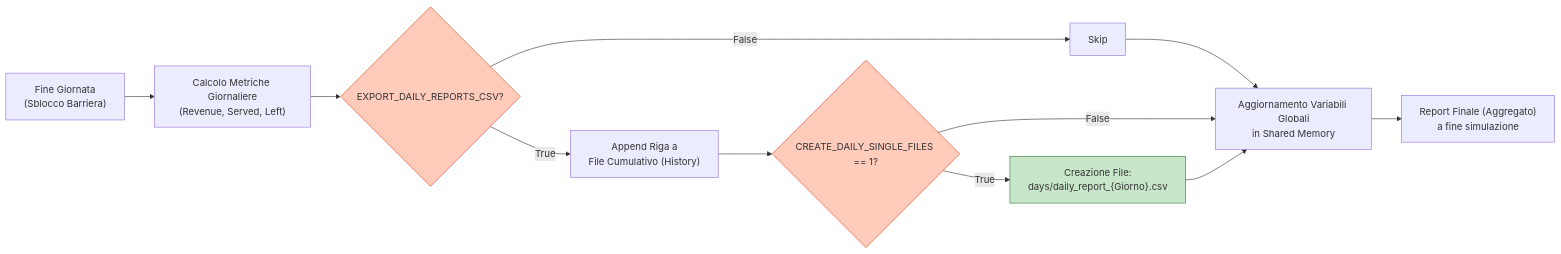
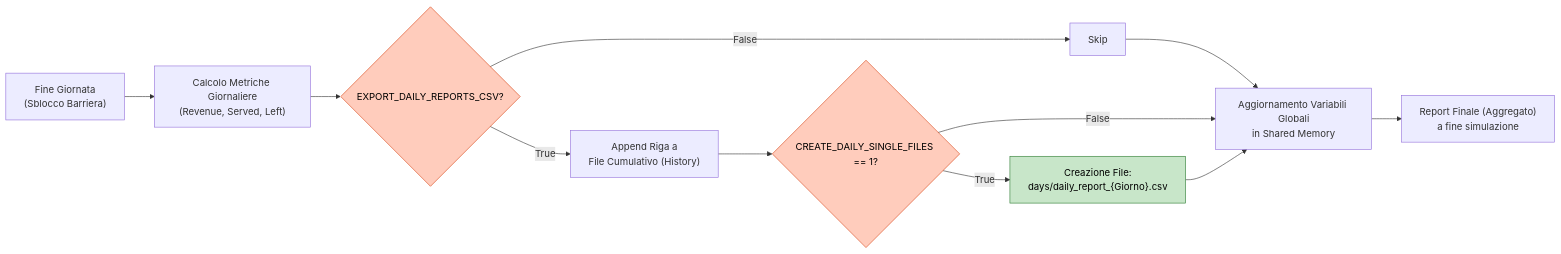
Before and after one commit to l0gic5/servizio_mensa: the tenth of 10 diagrams in RELAZIONE.md, drawn with Mermaid. The commit also changed other lines of this file, not shown here.

````diff
--- a/RELAZIONE.md
+++ b/RELAZIONE.md
@@ -418,23 +418,23 @@
 ```mermaid
 graph LR
   Barrier["Fine Giornata<br>(Sblocco Barriera)"] --> Calc["Calcolo Metriche Giornaliere<br>(Revenue, Served, Left)"]
   
   Calc --> CheckExport{"EXPORT_DAILY_REPORTS_CSV?"}
   
   CheckExport -- True --> WriteCumulative["Append Riga a<br>File Cumulativo (History)"]
   CheckExport -- False --> Skip1[Skip]
   
   WriteCumulative --> CheckSingle{"CREATE_DAILY_SINGLE_FILES == 1?"}
   Skip1 --> UpdateGlobal
   
   CheckSingle -- True --> WriteSingle["Creazione File:<br>days/daily_report_{Giorno}.csv"]
   CheckSingle -- False --> UpdateGlobal
   
   WriteSingle --> UpdateGlobal["Aggiornamento Variabili Globali<br>in Shared Memory"]
   
   UpdateGlobal --> FinalReport["Report Finale (Aggregato)<br>a fine simulazione"]
 
-  style CheckExport fill:#ffccbc,stroke:#d84315
-  style CheckSingle fill:#ffccbc,stroke:#d84315
-  style WriteSingle fill:#c8e6c9,stroke:#2e7d32
+  style CheckExport fill:#ffccbc,stroke:#d84315,color:#000
+  style CheckSingle fill:#ffccbc,stroke:#d84315,color:#000
+  style WriteSingle fill:#c8e6c9,stroke:#2e7d32,color:#000
 ```
````
